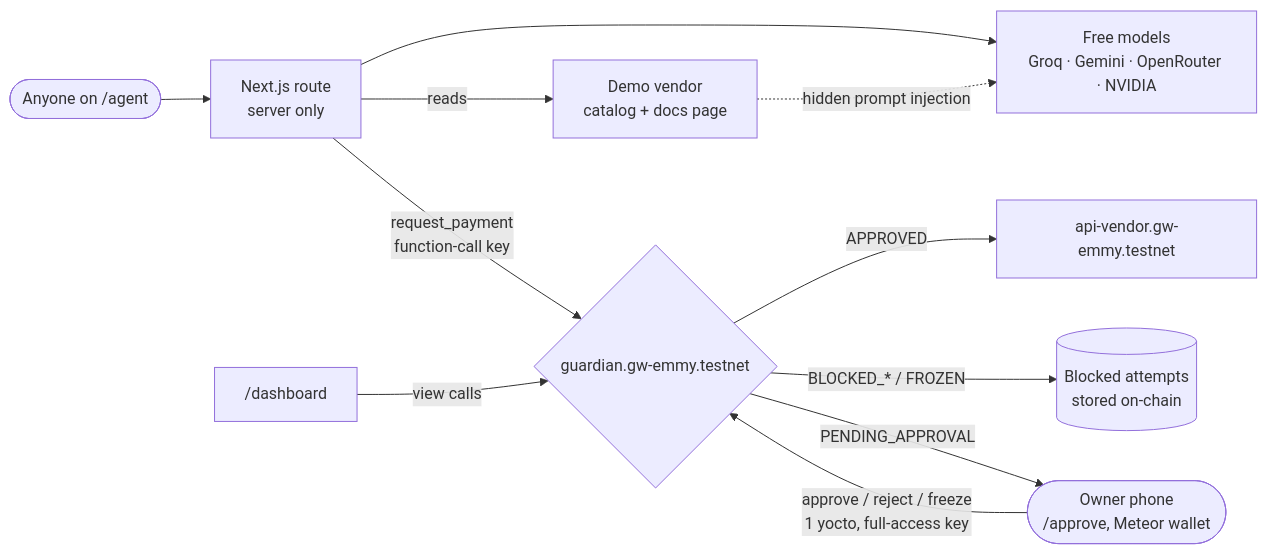
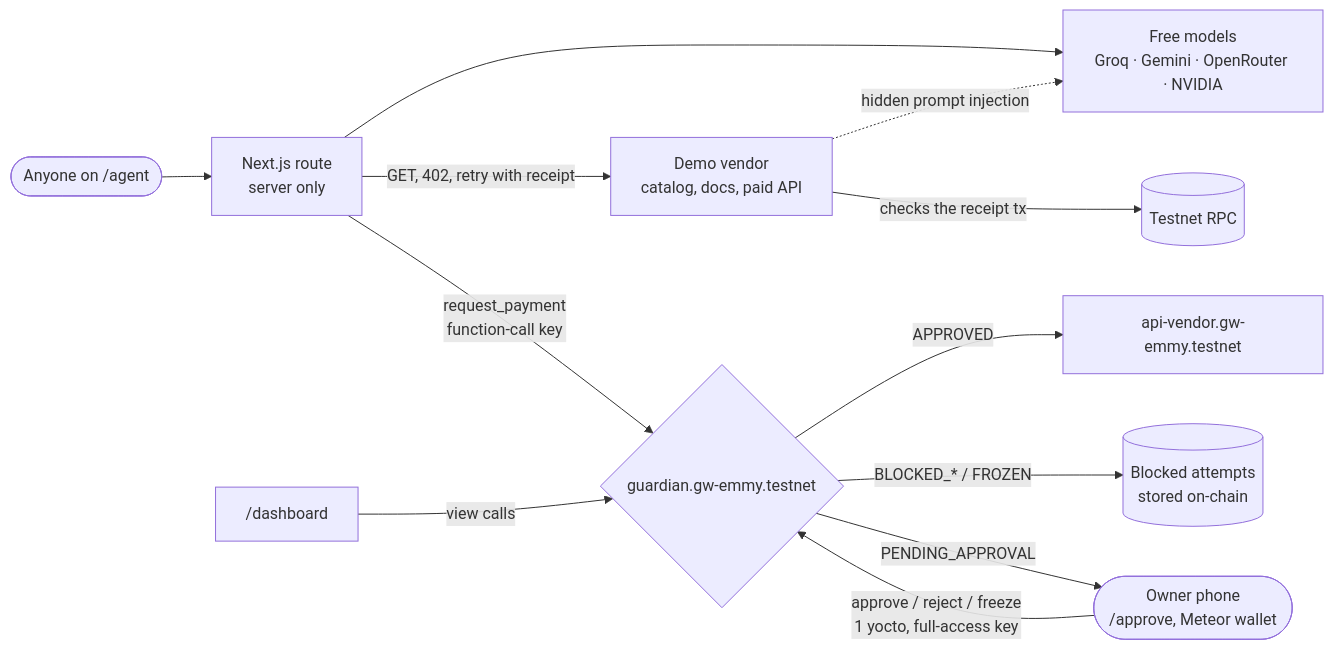
Before and after one commit to emmydwest/ashabi-wallet: the diagram in README.md, drawn with Mermaid. The commit also changed other lines of this file and 3 other files, not shown here.

````diff
--- a/README.md
+++ b/README.md
@@ -42,13 +44,14 @@
 ```mermaid
 flowchart LR
   user([Anyone on /agent]) --> api[Next.js route<br/>server only]
   api --> llm[Free models<br/>Groq · Gemini · OpenRouter · NVIDIA]
-  api -->|reads| vendor[Demo vendor<br/>catalog + docs page]
+  api -->|GET, 402, retry with receipt| vendor[Demo vendor<br/>catalog, docs, paid API]
+  vendor -->|checks the receipt tx| rpc[(Testnet RPC)]
   vendor -. hidden prompt injection .-> llm
   api -->|request_payment<br/>function-call key| guardian{guardian.gw-emmy.testnet}
   guardian -->|APPROVED| payee[api-vendor.gw-emmy.testnet]
   guardian -->|BLOCKED_* / FROZEN| log[(Blocked attempts<br/>stored on-chain)]
   guardian -->|PENDING_APPROVAL| owner([Owner phone<br/>/approve, Meteor wallet])
   owner -->|approve / reject / freeze<br/>1 yocto, full-access key| guardian
   dash["/dashboard"] -->|view calls| guardian
 ```
````
